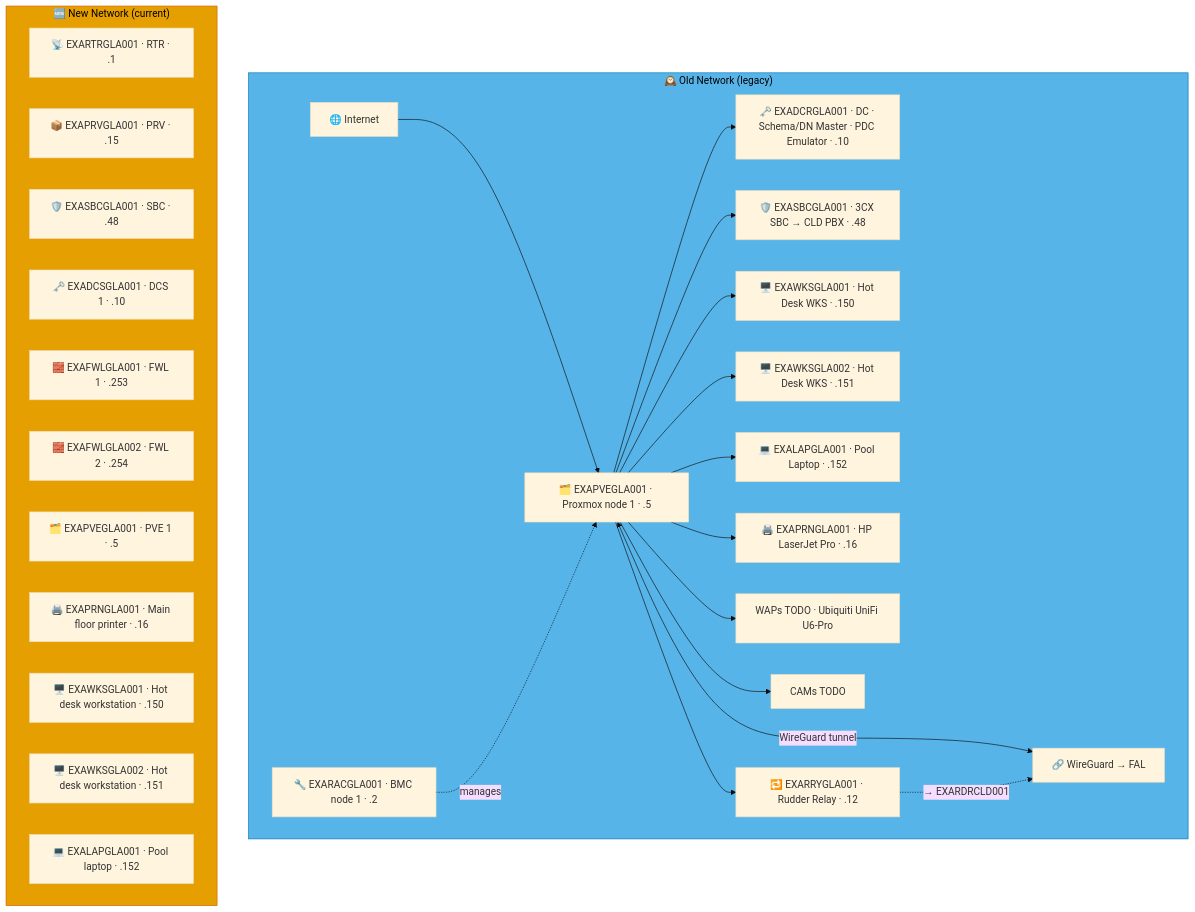
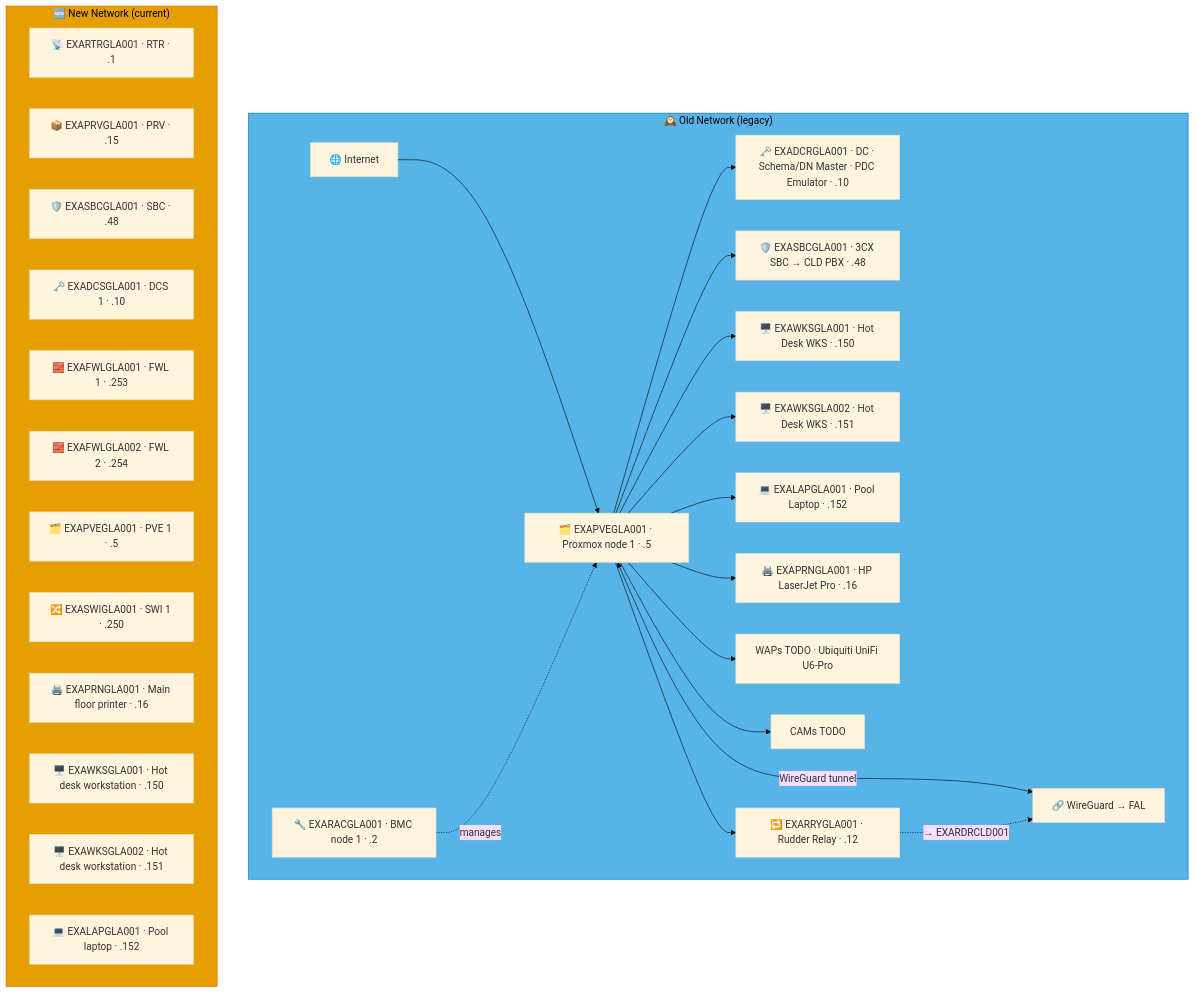
Before and after one commit to knightmare2600/example_music_infra: the third of 7 diagrams in docs/network-diagram/scotland.md, drawn with Mermaid (base theme). The commit also changed other lines of this file and 12 other files, not shown here.

````diff
--- a/docs/network-diagram/scotland.md
+++ b/docs/network-diagram/scotland.md
@@ -238,44 +238,45 @@
 ```mermaid
 graph TD
     subgraph OLD_GLA ["🕰️ Old Network (legacy)"]
       INET["🌐 Internet"]
       PVE["🗂️ EXAPVEGLA001 · Proxmox node 1 · .5"]
       RAC["🔧 EXARACGLA001 · BMC node 1 · .2"]
       DC["🗝️ EXADCRGLA001 · DC · Schema/DN Master · PDC Emulator · .10"]
       SBC["🛡️ EXASBCGLA001 · 3CX SBC → CLD PBX · .48"]
       RRY["🔁 EXARRYGLA001 · Rudder Relay · .12"]
       WKS1["🖥️ EXAWKSGLA001 · Hot Desk WKS · .150"]
       WKS2["🖥️ EXAWKSGLA002 · Hot Desk WKS · .151"]
       LAP["💻 EXALAPGLA001 · Pool Laptop · .152"]
       PRN["🖨️ EXAPRNGLA001 · HP LaserJet Pro · .16"]
       WAP["WAPs TODO · Ubiquiti UniFi U6-Pro"]
       CAM["CAMs TODO"]
       VPN["🔗 WireGuard → FAL"]
 
       INET --> PVE
       PVE --> DC & SBC
       RAC -.->|"manages"| PVE
       PVE --> WKS1 & WKS2 & LAP & PRN & WAP & CAM
       PVE <-->|"WireGuard tunnel"| VPN
 
       PVE --> RRY
       RRY -. "→ EXARDRCLD001" .-> VPN
     end
     style OLD_GLA fill:#56B4E9,stroke:#0072B2,color:#000000
     %% GENERATED:NEW-NETWORK:GLA:START
     subgraph NEW_GLA ["🆕 New Network (current)"]
       N_RTR["📡 EXARTRGLA001 · RTR · .1"]
       N_PRV["📦 EXAPRVGLA001 · PRV · .15"]
       N_SBC["🛡️ EXASBCGLA001 · SBC · .48"]
       N_DCS["🗝️ EXADCSGLA001 · DCS 1 · .10"]
       N_FWL["🧱 EXAFWLGLA001 · FWL 1 · .253"]
       N_FWL2["🧱 EXAFWLGLA002 · FWL 2 · .254"]
       N_PVE["🗂️ EXAPVEGLA001 · PVE 1 · .5"]
+      N_SWI["🔀 EXASWIGLA001 · SWI 1 · .250"]
       N_PRN["🖨️ EXAPRNGLA001 · Main floor printer · .16"]
       N_WKS["🖥️ EXAWKSGLA001 · Hot desk workstation · .150"]
       N_WKS2["🖥️ EXAWKSGLA002 · Hot desk workstation · .151"]
       N_LAP["💻 EXALAPGLA001 · Pool laptop · .152"]
     end
     style NEW_GLA fill:#E69F00,stroke:#D55E00,color:#000000
     %% GENERATED:NEW-NETWORK:GLA:END
 ```
````
